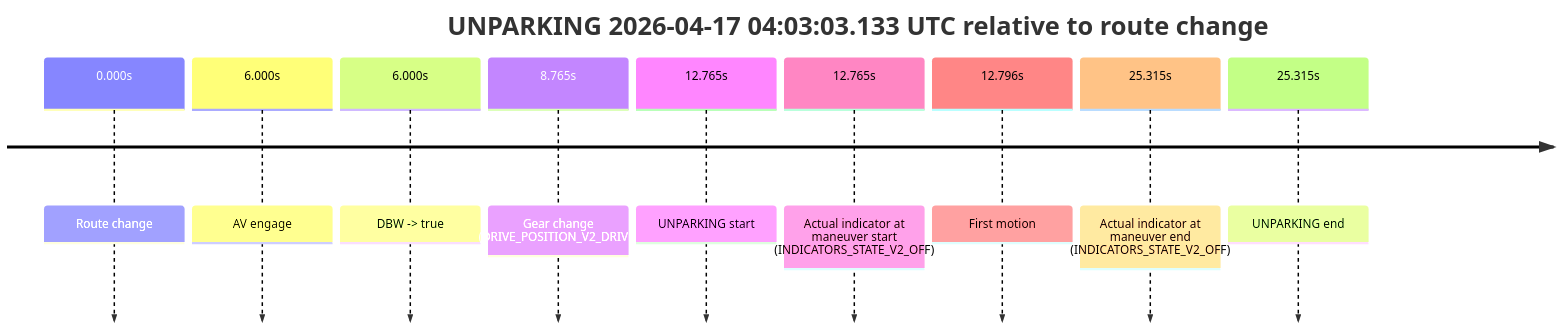
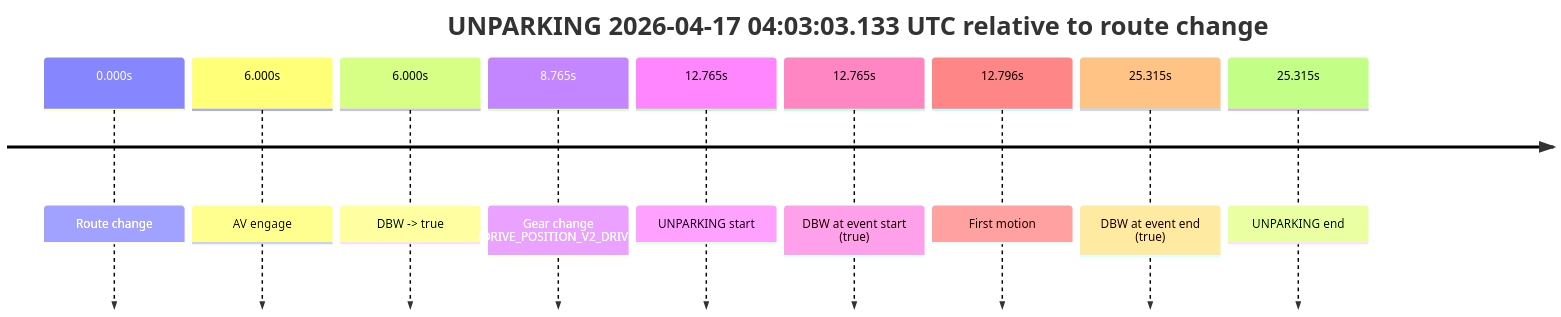
Before and after one commit to yoelshapiro/vault: the third of 3 diagrams in model_analysis/report_cards/2026/04/Week-3/fme10003--2026-04-17--02-42-19--gen2-av-188a141e-4d8d-4369-9830-3cbd631fdcfc.md, drawn with Mermaid. The commit also changed other lines of this file and 32 other files, not shown here.

````diff
--- a/model_analysis/report_cards/2026/04/Week-3/fme10003--2026-04-17--02-42-19--gen2-av-188a141e-4d8d-4369-9830-3cbd631fdcfc.md
+++ b/model_analysis/report_cards/2026/04/Week-3/fme10003--2026-04-17--02-42-19--gen2-av-188a141e-4d8d-4369-9830-3cbd631fdcfc.md
@@ -466,13 +224,13 @@
 ```mermaid
 timeline
     title UNPARKING 2026-04-17 04:03:03.133 UTC relative to route change
     0.000s : Route change
     6.000s : AV engage
     6.000s : DBW -> true
     8.765s : Gear change (DRIVE_POSITION_V2_DRIVE)
     12.765s : UNPARKING start
-    12.765s : Actual indicator at maneuver start (INDICATORS_STATE_V2_OFF)
+    12.765s : DBW at event start (true)
     12.796s : First motion
-    25.315s : Actual indicator at maneuver end (INDICATORS_STATE_V2_OFF)
+    25.315s : DBW at event end (true)
     25.315s : UNPARKING end
 ```
````
